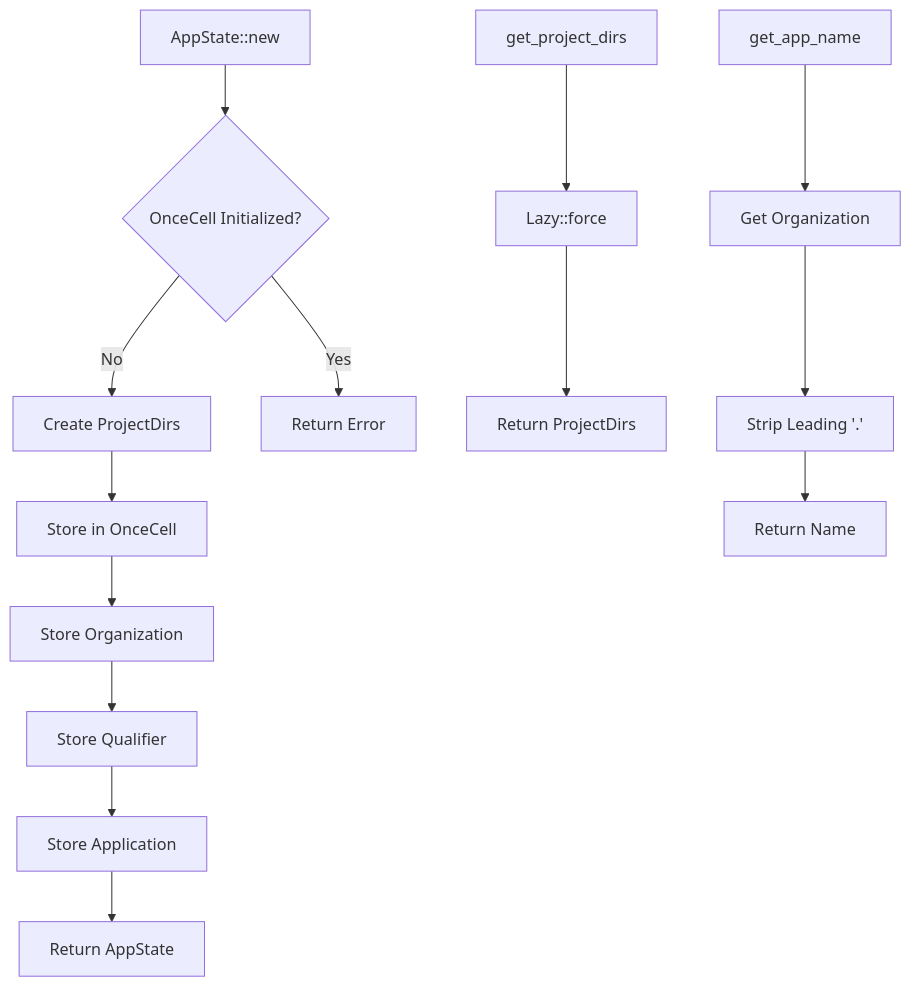
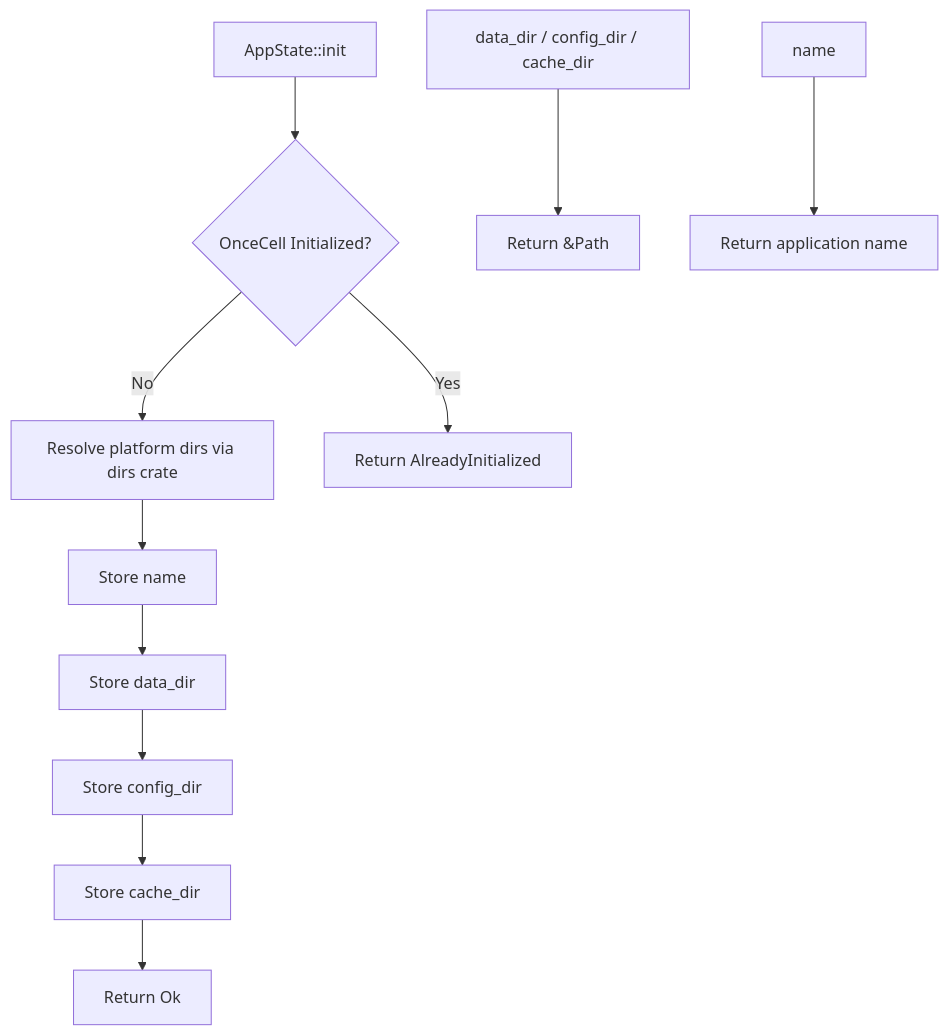
The diagram in crates/core/docs/app_state.md (miguelkix30/LightyLauncherLib), drawn with Mermaid before and after one commit. The commit also changed other lines of this file and 114 other files, not shown here.

````diff
--- a/crates/core/docs/app_state.md
+++ b/crates/core/docs/app_state.md
@@ -32,19 +24,16 @@
 ```mermaid
 flowchart TD
-    A[AppState::new] --> B{OnceCell Initialized?}
-    B -->|No| C[Create ProjectDirs]
-    B -->|Yes| D[Return Error]
+    A[AppState::init] --> B{OnceCell Initialized?}
+    B -->|No| C[Resolve platform dirs via dirs crate]
+    B -->|Yes| D[Return AlreadyInitialized]
 
-    C --> E[Store in OnceCell]
-    E --> F[Store Organization]
-    F --> G[Store Qualifier]
-    G --> H[Store Application]
-    H --> I[Return AppState]
+    C --> E[Store name]
+    E --> F[Store data_dir]
+    F --> G[Store config_dir]
+    G --> H[Store cache_dir]
+    H --> I[Return Ok]
 
-    J[get_project_dirs] --> K[Lazy::force]
-    K --> L[Return ProjectDirs]
+    J[data_dir / config_dir / cache_dir] --> L[Return &Path]
 
-    M[get_app_name] --> N[Get Organization]
-    N --> O[Strip Leading '.']
-    O --> P[Return Name]
+    M[name] --> P[Return application name]
 ```
````
